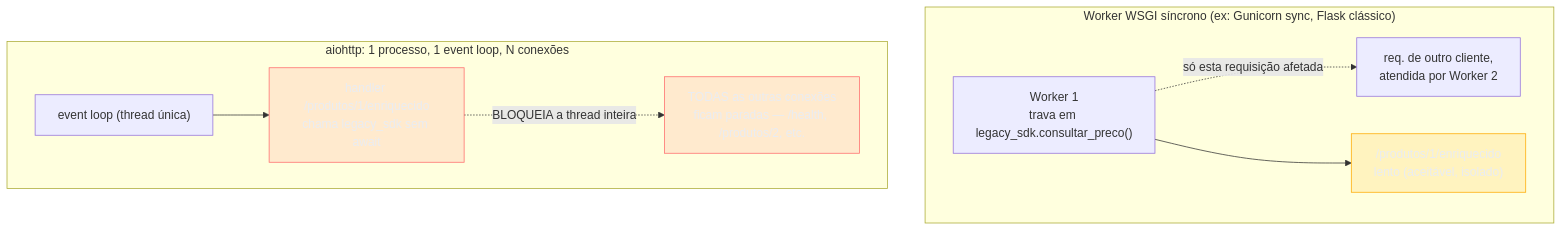
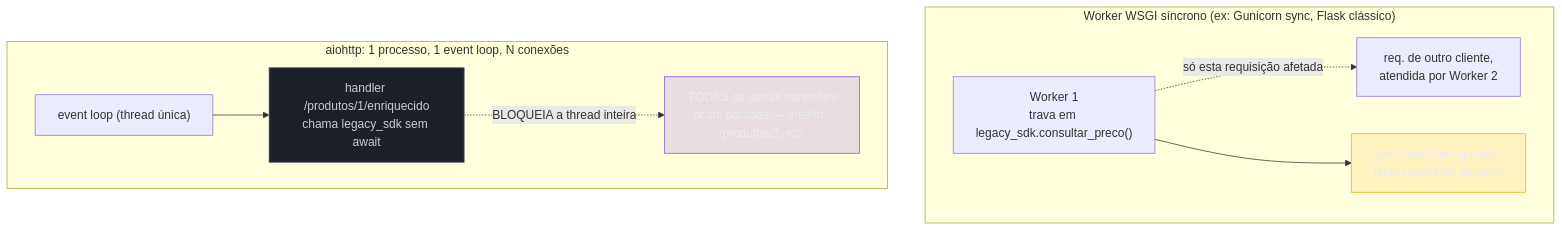
Before and after one commit to josenaldo/codex-technomanticus: the third of 3 diagrams in 03-Dominios/Tecnologia/Python/Programação Reativa e Assíncrona/04 - aiohttp servidor — web.Application, routing e middlewares.md, drawn with Mermaid. The commit also changed 601 other files, not shown here.

````diff
--- a/03-Dominios/Tecnologia/Python/Programação Reativa e Assíncrona/04 - aiohttp servidor — web.Application, routing e middlewares.md
+++ b/03-Dominios/Tecnologia/Python/Programação Reativa e Assíncrona/04 - aiohttp servidor — web.Application, routing e middlewares.md
@@ -317,18 +317,19 @@
 ```mermaid
 flowchart TB
-    classDef falha fill:#FF6B6B24,stroke:#FF6B6B,color:#E9ECF2
+    classDef marca fill:#8855DF33,stroke:#8855DF,color:#E9ECF2
+    classDef neutro fill:#1B2029,stroke:#4E5666,color:#C6CCD8
     classDef destaque fill:#FFAA0024,stroke:#FFAA00,color:#E9ECF2
     subgraph WSGI["Worker WSGI síncrono (ex: Gunicorn sync, Flask clássico)"]
         W1["Worker 1<br/>trava em legacy_sdk.consultar_preco()"] -.->|"só esta requisição afetada"| X1["req. de outro cliente,<br/>atendida por Worker 2"]
         W1 --> R1["/produtos/1/enriquecido<br/>lento (aceitável, isolado)"]
     end
 
     subgraph AIOHTTP["aiohttp: 1 processo, 1 event loop, N conexões"]
         EL["event loop (thread única)"] --> H1["handler /produtos/1/enriquecido<br/>chama legacy_sdk sem await"]
         H1 -.->|"BLOQUEIA a thread inteira"| Travado["TODAS as outras conexões<br/>ficam paradas — /health, /produtos/2, etc."]
     end
 
-    class H1 falha
-    class Travado falha
+    class H1 neutro
+    class Travado marca
     class R1 destaque
 ```
````
